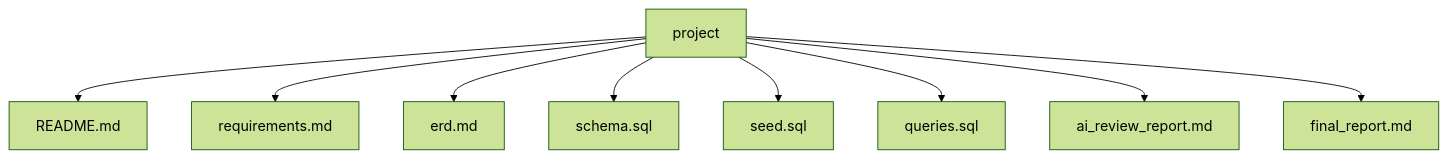
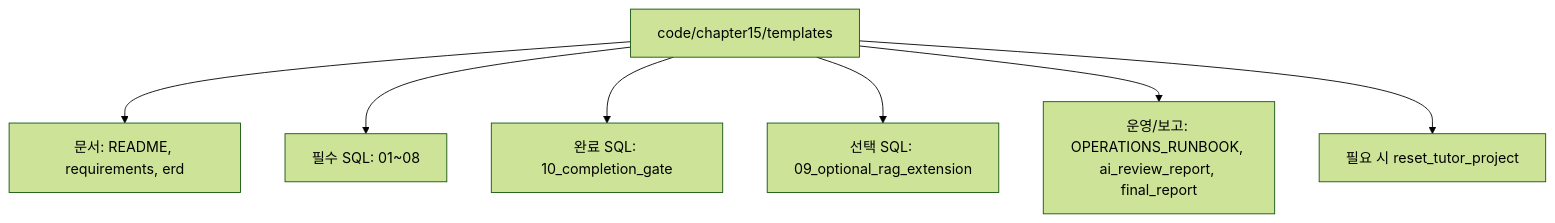
The diagram in images/chapter15/ch15_03_project_structure.mmd (GilbertMoon/ai-database-book), drawn with Mermaid (forest theme) before and after one commit. The commit also changed 16 other files, not shown here.

Commit message:
Improve Chapter 15 project flow diagrams

```diff
--- a/images/chapter15/ch15_03_project_structure.mmd
+++ b/images/chapter15/ch15_03_project_structure.mmd
@@ -1,9 +1,7 @@
 flowchart TB
-A[project] --> B[README.md]
-A --> C[requirements.md]
-A --> D[erd.md]
-A --> E[schema.sql]
-A --> F[seed.sql]
-A --> G[queries.sql]
-A --> H[ai_review_report.md]
-A --> I[final_report.md]
+A[code/chapter15/templates] --> B[문서: README, requirements, erd]
+A --> C[필수 SQL: 01~08]
+A --> D[완료 SQL: 10_completion_gate]
+A --> E[선택 SQL: 09_optional_rag_extension]
+A --> F[운영/보고: OPERATIONS_RUNBOOK, ai_review_report, final_report]
+A --> G[필요 시 reset_tutor_project]
```
